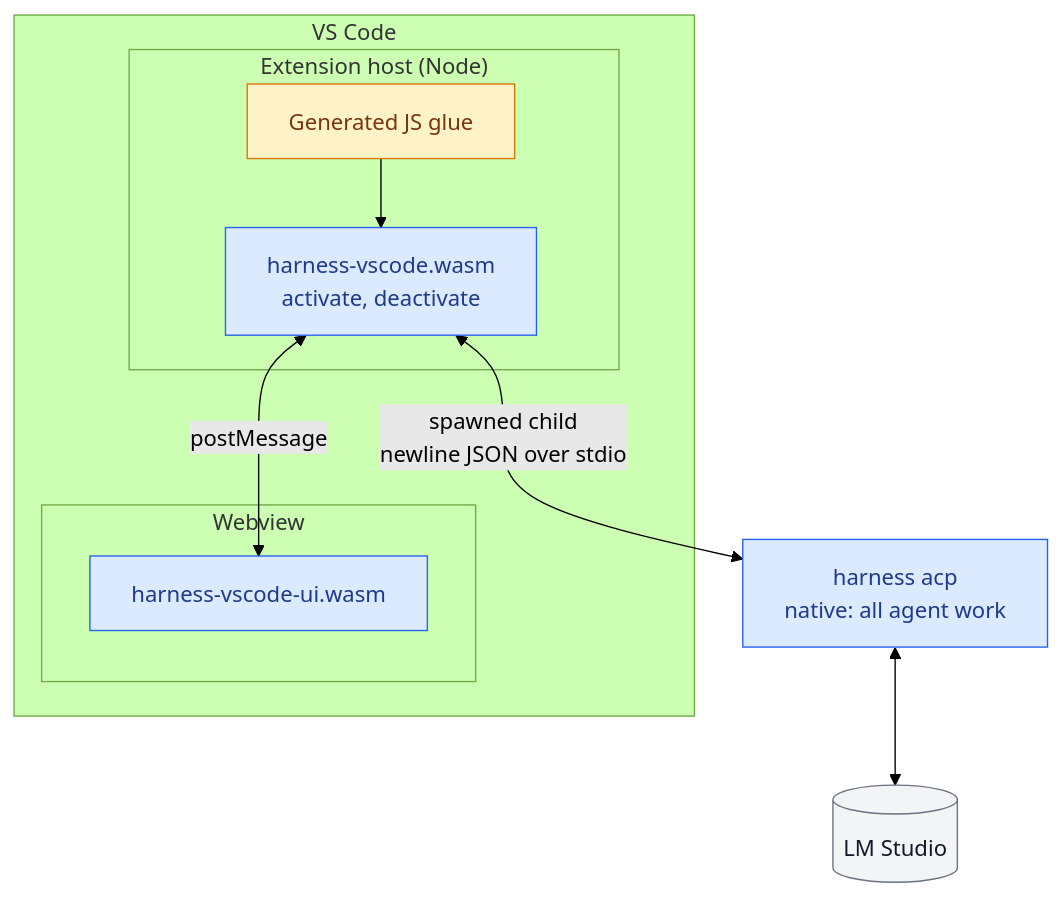
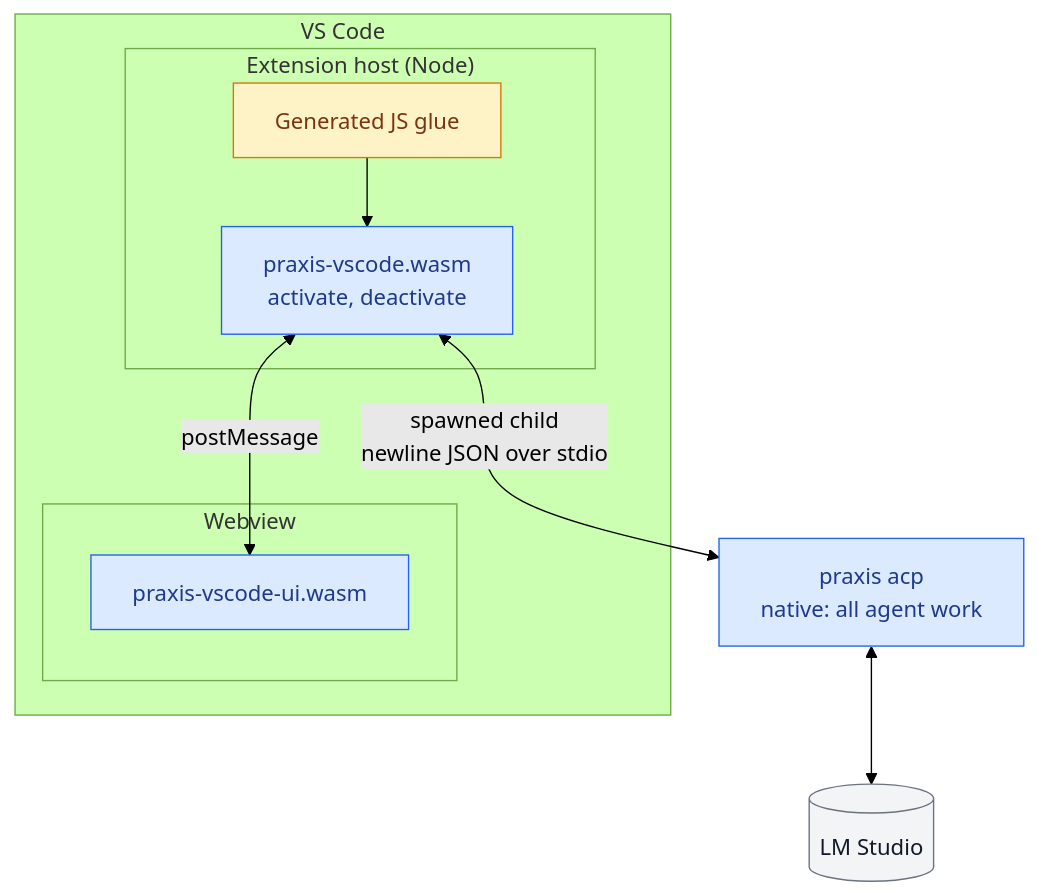
One commit to fzzinchemical/Praxis changed diagram 12 of 12 in docs/SPEC.md. Above: the diagram before and after it, drawn with Mermaid (forest theme). The commit also changed other lines of this file and 318 other files, not shown here.

First line of the commit message:
refactor!: rename harness to praxis

````diff
--- a/docs/SPEC.md
+++ b/docs/SPEC.md
@@ -835,22 +835,22 @@
 ```mermaid
 flowchart TB
     subgraph vscode["VS Code"]
         subgraph host["Extension host (Node)"]
-            glue["Generated JS glue"] --> ext["harness-vscode.wasm<br/>activate, deactivate"]
+            glue["Generated JS glue"] --> ext["praxis-vscode.wasm<br/>activate, deactivate"]
         end
         subgraph webview["Webview"]
-            ui["harness-vscode-ui.wasm"]
+            ui["praxis-vscode-ui.wasm"]
         end
         ext <-->|"postMessage"| ui
     end
 
-    ext <-->|"spawned child<br/>newline JSON over stdio"| agent["harness acp<br/>native: all agent work"]
+    ext <-->|"spawned child<br/>newline JSON over stdio"| agent["praxis acp<br/>native: all agent work"]
     agent <--> lms[("LM Studio")]
 
     classDef rust fill:#dbeafe,stroke:#2563eb,color:#1e3a8a
     classDef generated fill:#fef3c7,stroke:#d97706,color:#78350f
     classDef external fill:#f3f4f6,stroke:#6b7280,color:#111827
     class ext,ui,agent rust
     class glue generated
     class lms external
 ```
````
